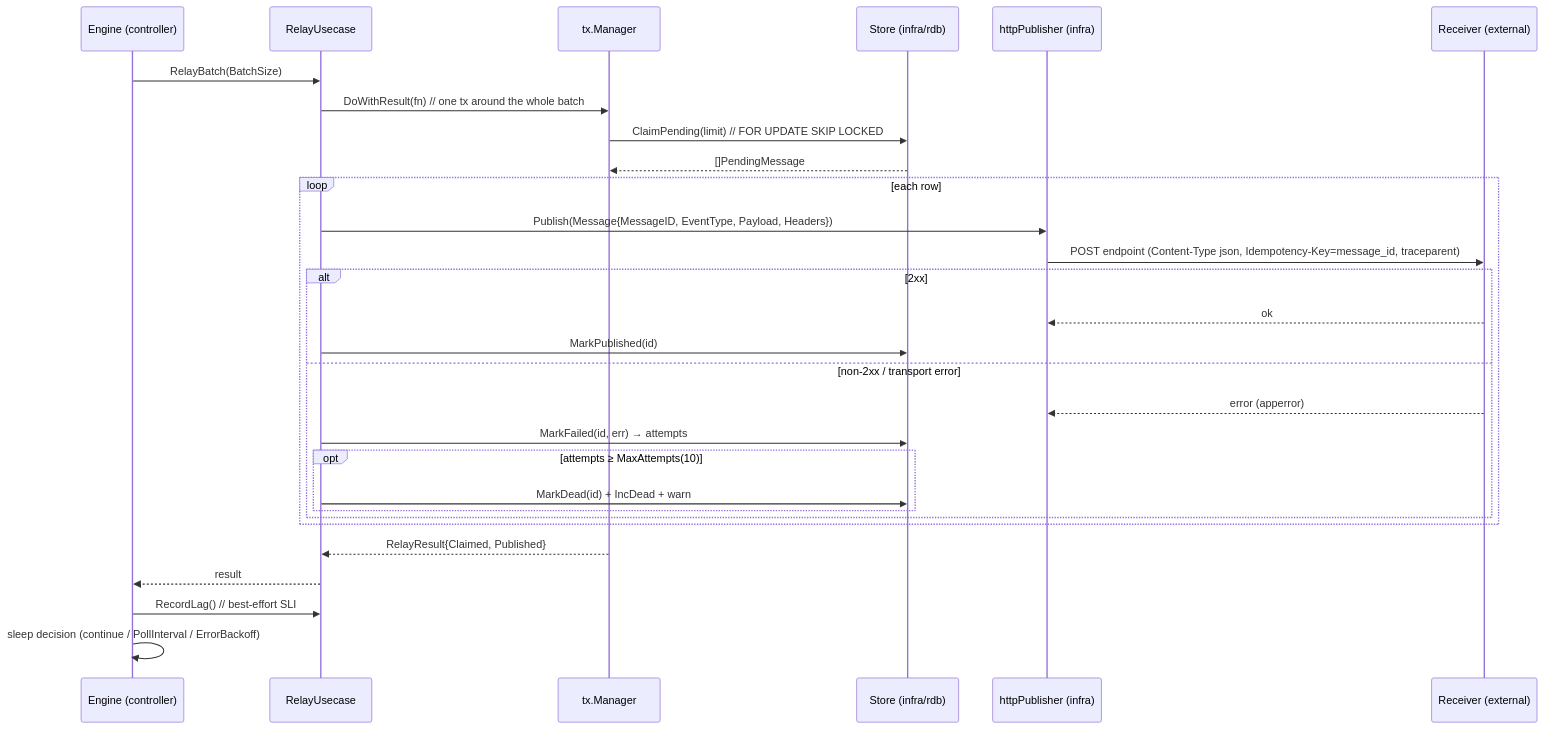
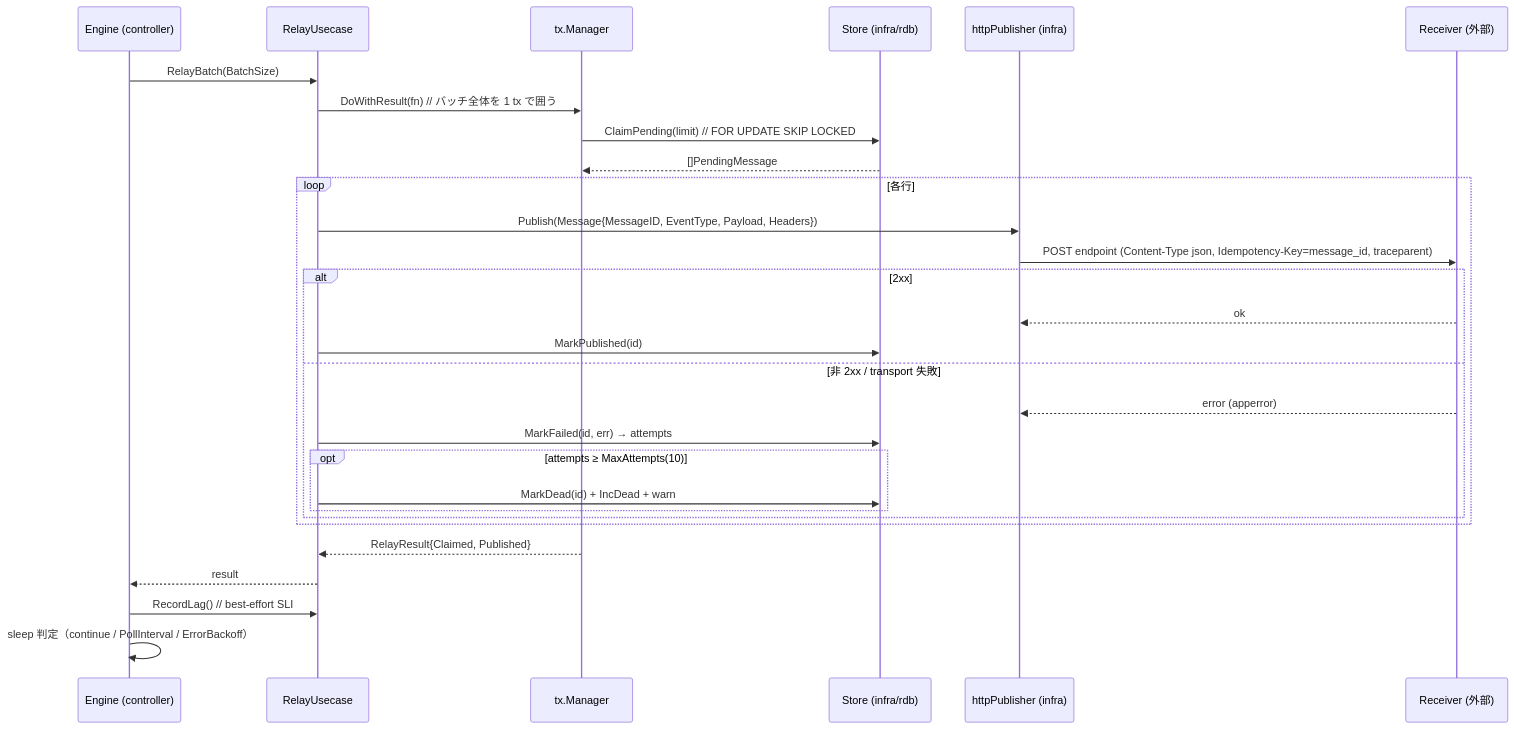
One commit to Tomy-ch/go-boilerplate changed the fourth of 5 diagrams in docs/design/outbox.md. Above: the diagram before and after it, drawn with Mermaid. The commit also changed other lines of this file and 970 other files, not shown here.

````diff
--- a/docs/design/outbox.md
+++ b/docs/design/outbox.md
@@ -178,31 +176,31 @@
 ```mermaid
 sequenceDiagram
     participant E as Engine (controller)
     participant U as RelayUsecase
     participant T as tx.Manager
     participant S as Store (infra/rdb)
     participant P as httpPublisher (infra)
-    participant R as Receiver (external)
+    participant R as Receiver (外部)
     E->>U: RelayBatch(BatchSize)
-    U->>T: DoWithResult(fn)  // one tx around the whole batch
+    U->>T: DoWithResult(fn)  // バッチ全体を 1 tx で囲う
     T->>S: ClaimPending(limit)  // FOR UPDATE SKIP LOCKED
     S-->>T: []PendingMessage
-    loop each row
+    loop 各行
         U->>P: Publish(Message{MessageID, EventType, Payload, Headers})
         P->>R: POST endpoint (Content-Type json, Idempotency-Key=message_id, traceparent)
         alt 2xx
             R-->>P: ok
             U->>S: MarkPublished(id)
-        else non-2xx / transport error
+        else 非 2xx / transport 失敗
             R-->>P: error (apperror)
             U->>S: MarkFailed(id, err) → attempts
             opt attempts ≥ MaxAttempts(10)
                 U->>S: MarkDead(id) + IncDead + warn
             end
         end
     end
     T-->>U: RelayResult{Claimed, Published}
     U-->>E: result
     E->>U: RecordLag()  // best-effort SLI
-    E->>E: sleep decision (continue / PollInterval / ErrorBackoff)
+    E->>E: sleep 判定（continue / PollInterval / ErrorBackoff）
 ```
````
